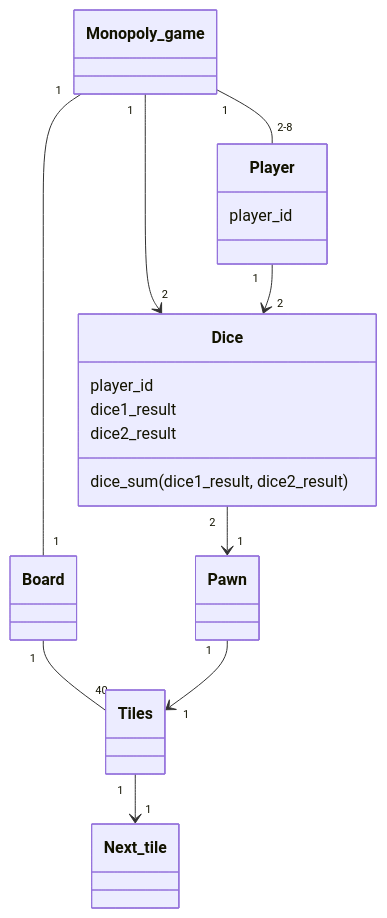
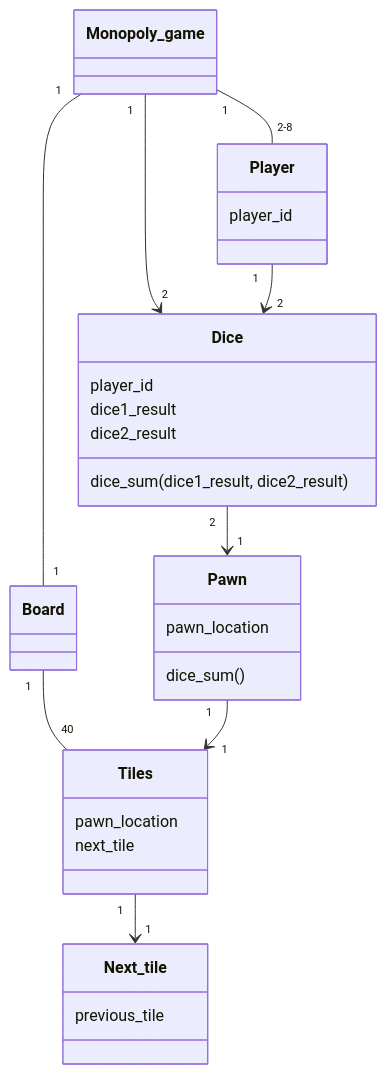
Before and after one commit to gabikakol/ot-exercise: the diagram in tasks/week3/monopoly.md, drawn with Mermaid.

````diff
--- a/tasks/week3/monopoly.md
+++ b/tasks/week3/monopoly.md
@@ -1,23 +1,37 @@
 ```mermaid
  classDiagram
       Monopoly_game "1" -- "2-8" Player 
       Monopoly_game "1" --> "2" Dice
       Monopoly_game "1" -- "1" Board
       Board "1" -- "40" Tiles
       Tiles "1" --> "1" Next_tile
       Player "1" --> "2" Dice
       Dice "2" --> "1" Pawn
       Pawn "1" --> "1" Tiles
       
       class Player {
       player_id
       }
       
       class Dice {
       player_id
       dice1_result
       dice2_result
       dice_sum(dice1_result, dice2_result)
       }
       
+      class Pawn {
+      pawn_location
+      dice_sum()
+      }
+      
+      class Tiles {
+      pawn_location
+      next_tile
+      }
+      
+      class Next_tile {
+      previous_tile
+      }
+      
 ```
````
